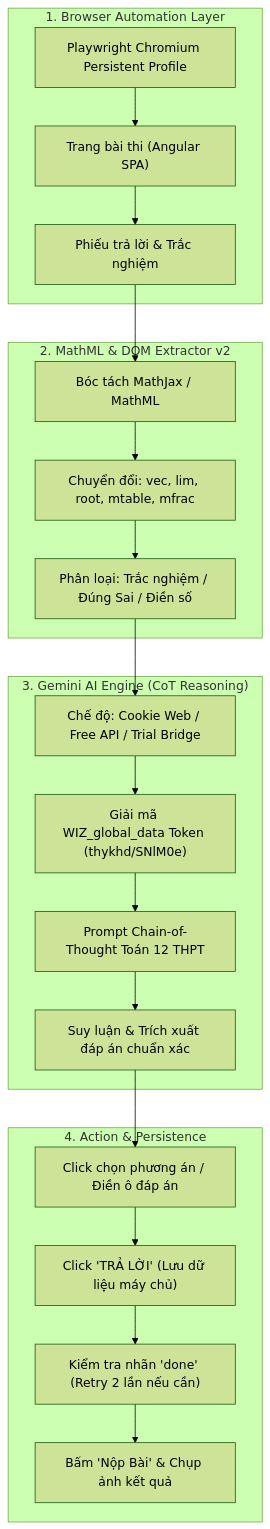
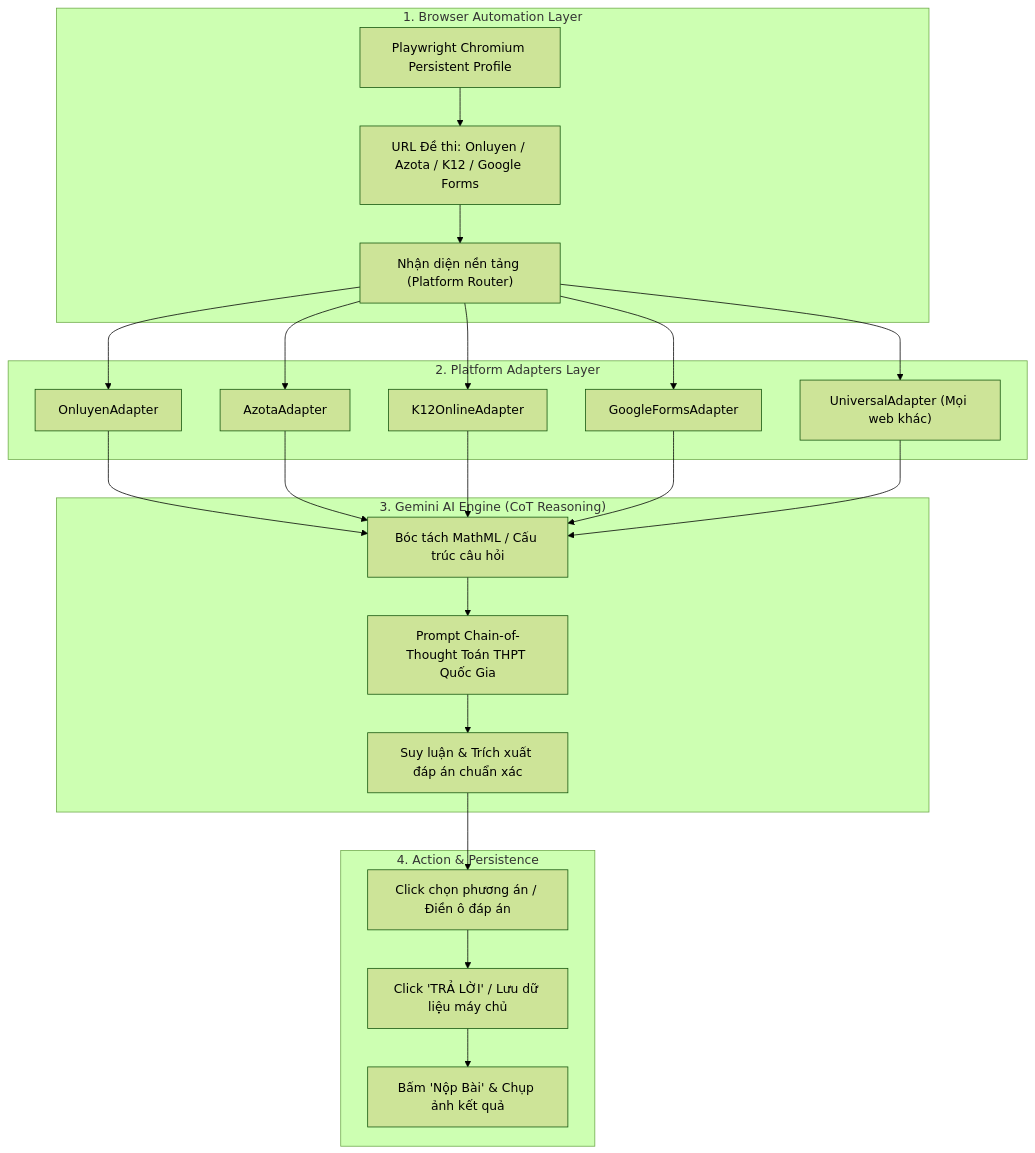
Before and after one commit to GanZnosuy/VAn_AAF: the diagram in README.md, drawn with Mermaid (forest theme). The commit also changed other lines of this file and 9 other files, not shown here.

Commit message:
feat: upgrade to universal multi-platform solver (Azota, K12Online, Google Forms, Universal Web)

````diff
--- a/README.md
+++ b/README.md
@@ -55,27 +70,27 @@
 ```mermaid
 flowchart TD
     subgraph Browser ["1. Browser Automation Layer"]
-        B1["Playwright Chromium Persistent Profile"] --> B2["Trang bài thi (Angular SPA)"]
-        B2 --> B3["Phiếu trả lời & Trắc nghiệm"]
+        B1["Playwright Chromium Persistent Profile"] --> B2["URL Đề thi: Onluyen / Azota / K12 / Google Forms"]
+        B2 --> B3["Nhận diện nền tảng (Platform Router)"]
     end
 
-    subgraph Parser ["2. MathML & DOM Extractor v2"]
-        B3 --> P1["Bóc tách MathJax / MathML"]
-        P1 --> P2["Chuyển đổi: vec, lim, root, mtable, mfrac"]
-        P2 --> P3["Phân loại: Trắc nghiệm / Đúng Sai / Điền số"]
+    subgraph Adapters ["2. Platform Adapters Layer"]
+        B3 --> A1["OnluyenAdapter"]
+        B3 --> A2["AzotaAdapter"]
+        B3 --> A3["K12OnlineAdapter"]
+        B3 --> A4["GoogleFormsAdapter"]
+        B3 --> A5["UniversalAdapter (Mọi web khác)"]
     end
 
     subgraph AI ["3. Gemini AI Engine (CoT Reasoning)"]
-        P3 --> A1["Chế độ: Cookie Web / Free API / Trial Bridge"]
-        A1 --> A2["Giải mã WIZ_global_data Token (thykhd/SNlM0e)"]
-        A2 --> A3["Prompt Chain-of-Thought Toán 12 THPT"]
-        A3 --> A4["Suy luận & Trích xuất đáp án chuẩn xác"]
+        A1 & A2 & A3 & A4 & A5 --> M1["Bóc tách MathML / Cấu trúc câu hỏi"]
+        M1 --> M2["Prompt Chain-of-Thought Toán THPT Quốc Gia"]
+        M2 --> M3["Suy luận & Trích xuất đáp án chuẩn xác"]
     end
 
     subgraph Solver ["4. Action & Persistence"]
-        A4 --> S1["Click chọn phương án / Điền ô đáp án"]
-        S1 --> S2["Click 'TRẢ LỜI' (Lưu dữ liệu máy chủ)"]
-        S2 --> S3["Kiểm tra nhãn 'done' (Retry 2 lần nếu cần)"]
-        S3 --> S4["Bấm 'Nộp Bài' & Chụp ảnh kết quả"]
+        M3 --> S1["Click chọn phương án / Điền ô đáp án"]
+        S1 --> S2["Click 'TRẢ LỜI' / Lưu dữ liệu máy chủ"]
+        S2 --> S3["Bấm 'Nộp Bài' & Chụp ảnh kết quả"]
     end
 ```
````
